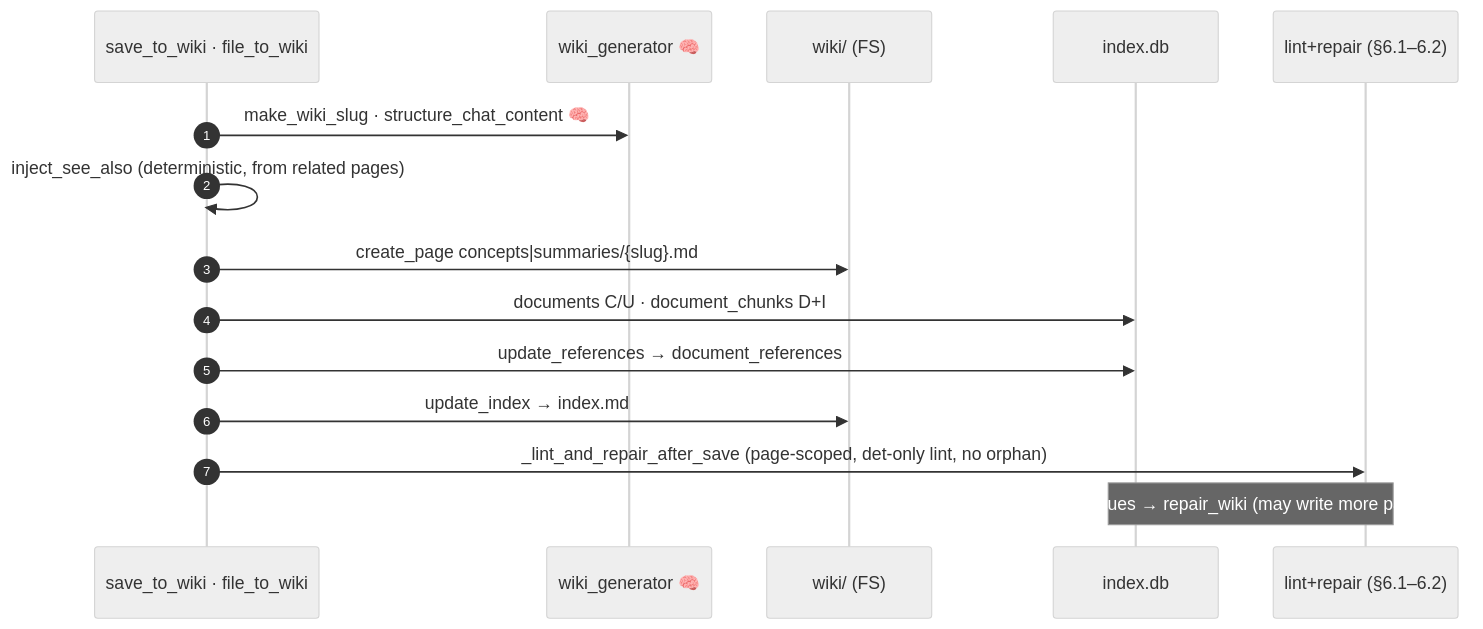
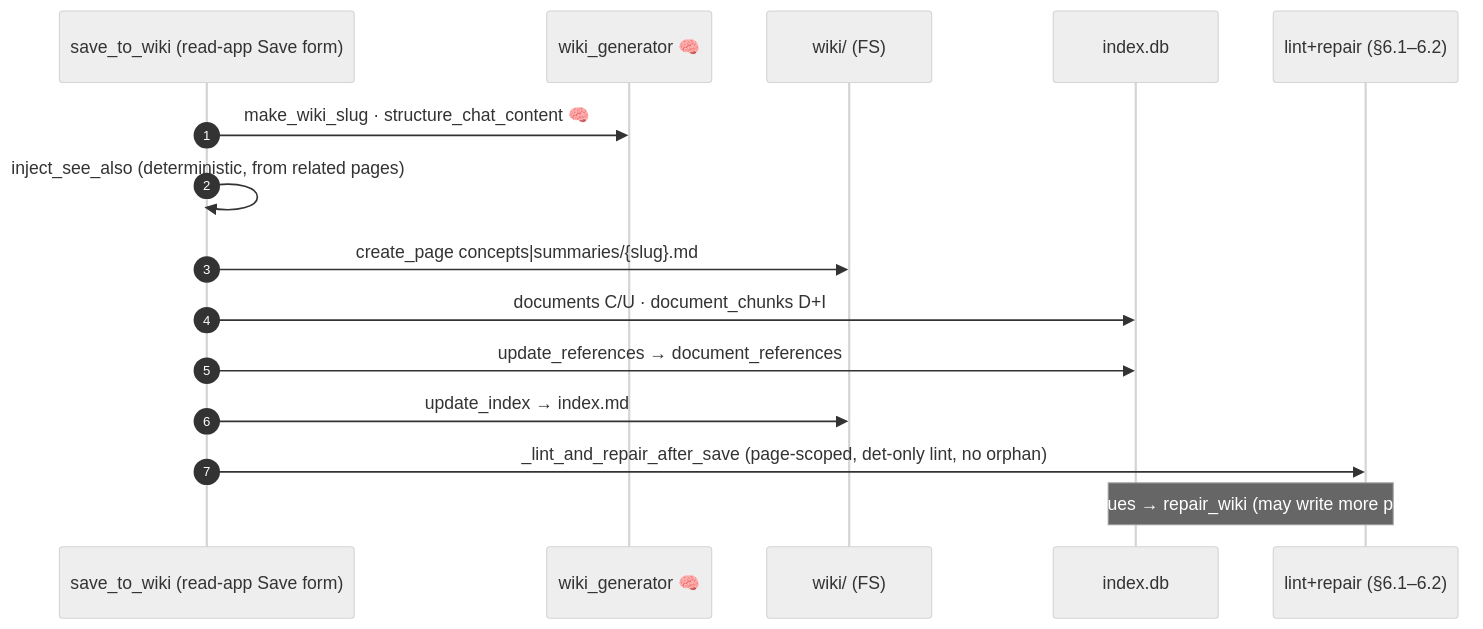
The eighth of 10 diagrams in docs/manual/workflows.md (Clod/llmwiki-marimo), drawn with Mermaid (neutral theme) before and after one commit. The commit also changed other lines of this file and 6 other files, not shown here.

First line of the commit message:
refactor(chat): remove dead autonomous-save tool file_to_wiki

````diff
--- a/docs/manual/workflows.md
+++ b/docs/manual/workflows.md
@@ -709,17 +715,17 @@
 ```mermaid
 sequenceDiagram
     autonumber
-    participant U as save_to_wiki · file_to_wiki
+    participant U as save_to_wiki (read-app Save form)
     participant GEN as wiki_generator 🧠
     participant FS as wiki/ (FS)
     participant DB as index.db
     participant LR as lint+repair (§6.1–6.2)
     U->>GEN: make_wiki_slug · structure_chat_content 🧠
     U->>U: inject_see_also (deterministic, from related pages)
     U->>FS: create_page concepts|summaries/{slug}.md
     U->>DB: documents C/U · document_chunks D+I
     U->>DB: update_references → document_references
     U->>FS: update_index → index.md
     U->>LR: _lint_and_repair_after_save (page-scoped, det-only lint, no orphan)
     Note over LR,DB: fixable issues → repair_wiki (may write more pages/refs)
 ```
````
